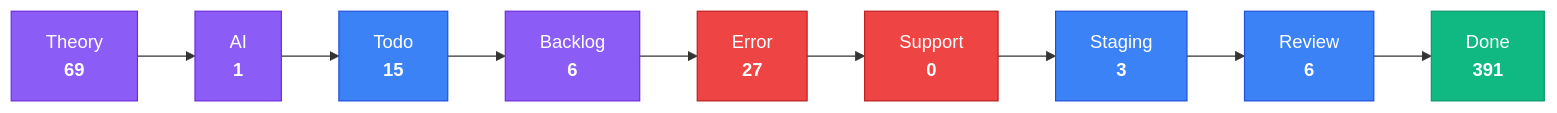
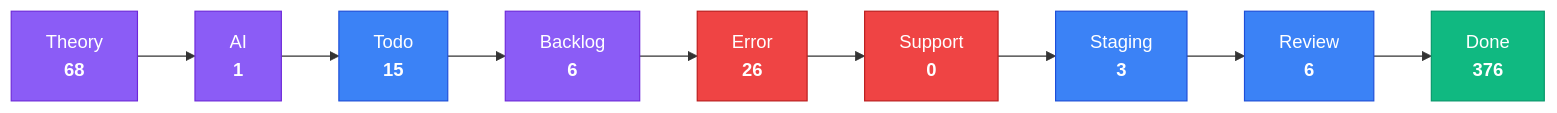
One commit to KBVE/kbve changed the third of 4 diagrams in apps/kbve/astro-kbve/src/content/docs/dashboard/kanban-data.mdx. Above: the diagram before and after it, drawn with Mermaid. The commit also changed other lines of this file and 8 other files, not shown here.

````diff
--- a/apps/kbve/astro-kbve/src/content/docs/dashboard/kanban-data.mdx
+++ b/apps/kbve/astro-kbve/src/content/docs/dashboard/kanban-data.mdx
@@ -80,28 +80,28 @@
 ```mermaid
 flowchart LR
     classDef planning fill:#8b5cf6,stroke:#6d28d9,color:#fff
     classDef active fill:#3b82f6,stroke:#1d4ed8,color:#fff
     classDef blocked fill:#ef4444,stroke:#b91c1c,color:#fff
     classDef done fill:#10b981,stroke:#059669,color:#fff
-    Theory["Theory<br/><strong>69</strong>"]
+    Theory["Theory<br/><strong>68</strong>"]
     Theory --> AI
     AI["AI<br/><strong>1</strong>"]
     AI --> Todo
     Todo["Todo<br/><strong>15</strong>"]
     Todo --> Backlog
     Backlog["Backlog<br/><strong>6</strong>"]
     Backlog --> Error
-    Error["Error<br/><strong>27</strong>"]
+    Error["Error<br/><strong>26</strong>"]
     Error --> Support
     Support["Support<br/><strong>0</strong>"]
     Support --> Staging
     Staging["Staging<br/><strong>3</strong>"]
     Staging --> Review
     Review["Review<br/><strong>6</strong>"]
     Review --> Done
-    Done["Done<br/><strong>391</strong>"]
+    Done["Done<br/><strong>376</strong>"]
     class Theory,AI,Backlog planning
     class Todo,Staging,Review active
     class Error,Support blocked
     class Done done
 ```
````
